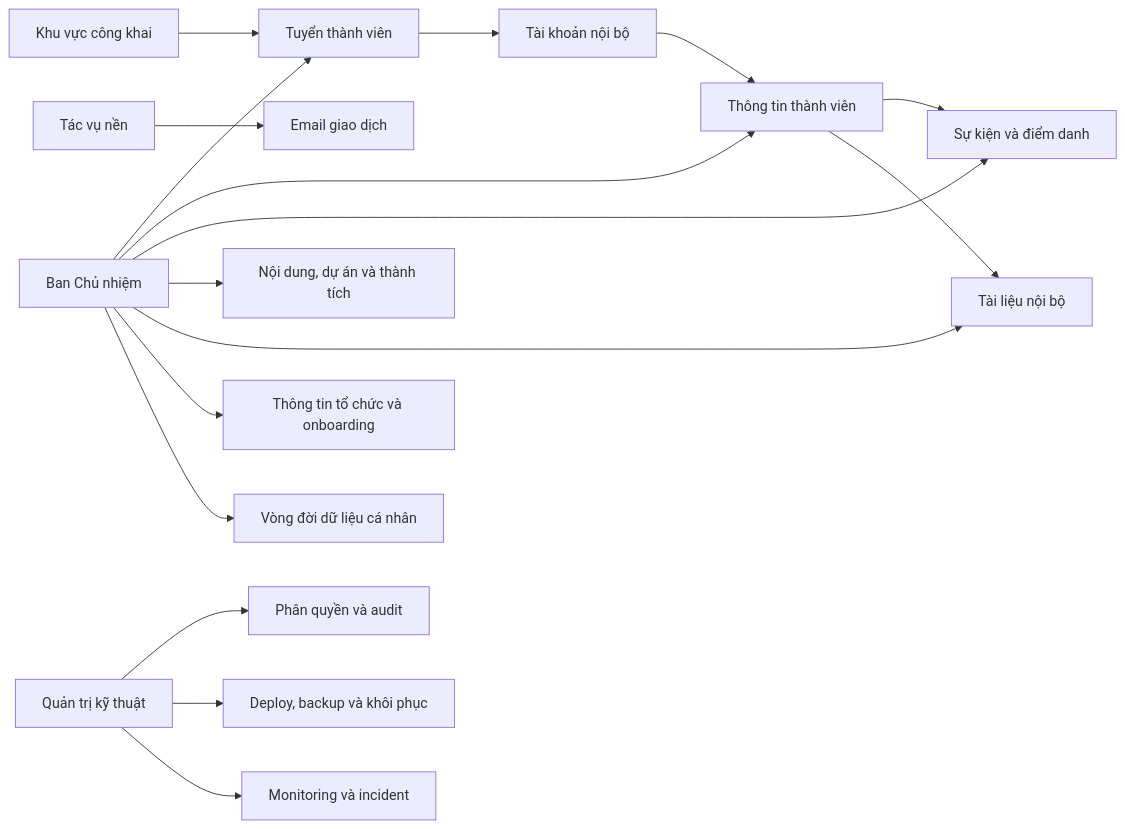
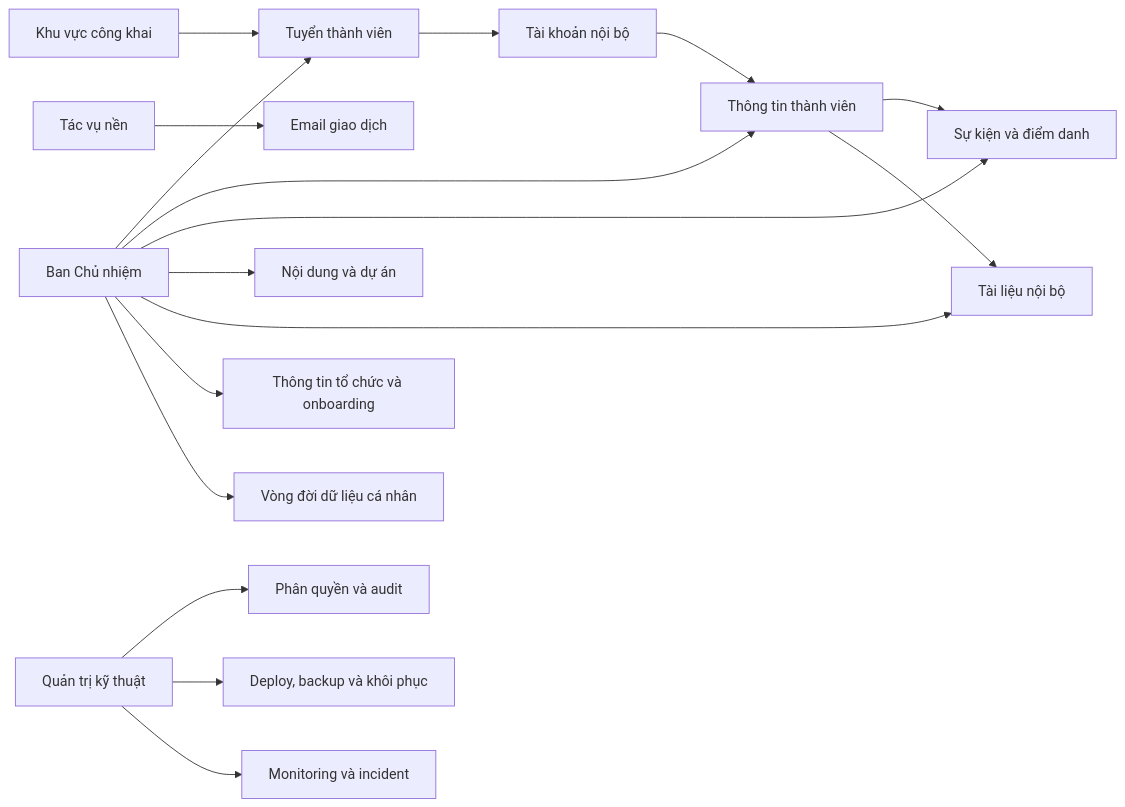
The first of 13 diagrams in docs/03-user-flows.md (GrootTheDeveloper/apc-portal), drawn with Mermaid before and after one commit. The commit also changed other lines of this file and 7 other files, not shown here.

````diff
--- a/docs/03-user-flows.md
+++ b/docs/03-user-flows.md
@@ -55,19 +56,19 @@
 ```mermaid
 flowchart LR
     Public["Khu vực công khai"] --> Recruitment["Tuyển thành viên"]
     Recruitment --> Account["Tài khoản nội bộ"]
     Account --> Member["Thông tin thành viên"]
     Member --> Event["Sự kiện và điểm danh"]
     Member --> Document["Tài liệu nội bộ"]
     Board["Ban Chủ nhiệm"] --> Recruitment
     Board --> Member
     Board --> Event
-    Board --> Content["Nội dung, dự án và thành tích"]
+    Board --> Content["Nội dung và dự án"]
     Board --> Document
     Board --> Organization["Thông tin tổ chức và onboarding"]
     System["Tác vụ nền"] --> Notification["Email giao dịch"]
     Board --> Privacy["Vòng đời dữ liệu cá nhân"]
     Tech["Quản trị kỹ thuật"] --> Access["Phân quyền và audit"]
     Tech --> Operations["Deploy, backup và khôi phục"]
     Tech --> Monitoring["Monitoring và incident"]
 ```
````
